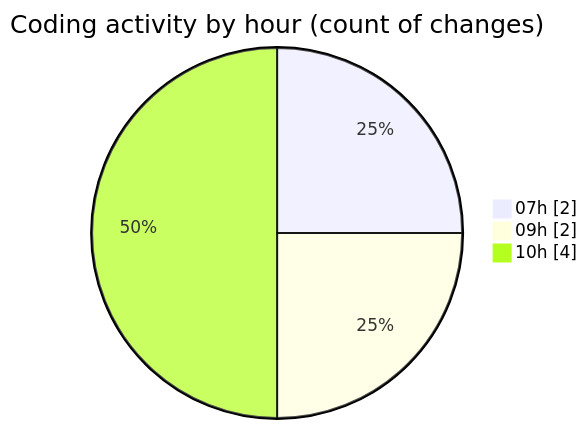
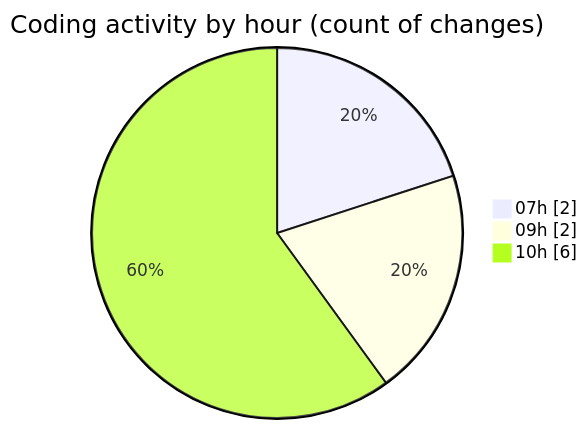
One commit to LanceThiago/code-tracking changed the second of 2 diagrams in 2026-02-09/enviarfacturas/README.md. Above: the diagram before and after it, drawn with Mermaid. The commit also changed other lines of this file and 1 other file, not shown here.

````diff
--- a/2026-02-09/enviarfacturas/README.md
+++ b/2026-02-09/enviarfacturas/README.md
@@ -33,7 +34,7 @@
 ```mermaid
 pie showData
 title Coding activity by hour (count of changes)
 "07h" : 2
 "09h" : 2
-"10h" : 4
+"10h" : 6
 ```
````
